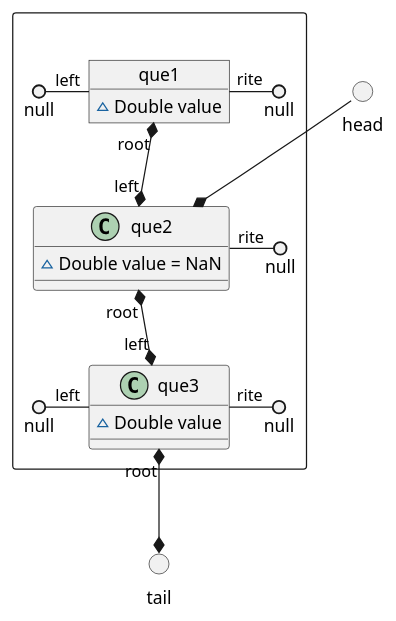
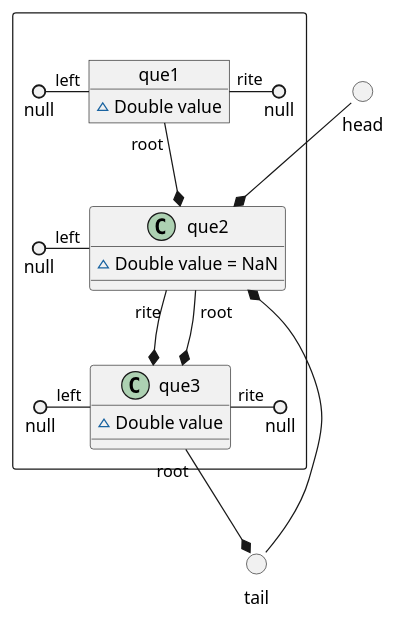
Before and after one commit to vitalispopoff/calculator: the diagram in src/docs/UML/reorderScheme/_04_queue.puml, drawn with PlantUML. The commit also changed 17 other files, not shown here.

```diff
--- a/src/docs/UML/reorderScheme/_04_queue.puml
+++ b/src/docs/UML/reorderScheme/_04_queue.puml
@@ -1,31 +1,33 @@
 @startuml
 
 () head
 () tail
 
 package " " <<Rectangle>>{
 
-        head --*  que2
+         head --* que2
 
     object que1{
         ~ Double value
     }
-        null ()- "left" que1
+    null ()- "left" que1
         que1 "rite" -() null
-        que1 "root" *--* "left" que2
+        que1 "root" --* que2
 
     object que2{
         ~ Double value = NaN
     }
-        que2 "rite" -() null
-        que2 "root" *--*  "left" que3
+        null ()- "left" que2
+        que2 "rite" --* que3
+        que2 "root" --* que3
+        que2 *-- tail
 
     object que3{
         ~ Double value
     }
         null ()- "left" que3
         que3 "rite" -() null
-        que3 "root" *--* tail
+        que3 "root" --* tail
+}
 
-}
 @enduml
```
